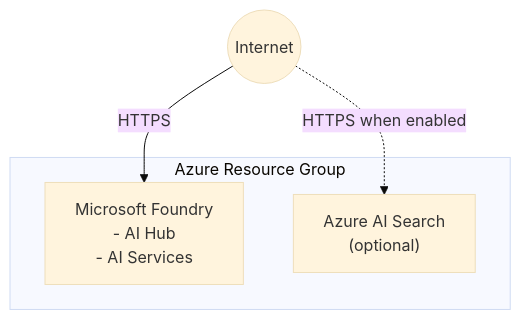
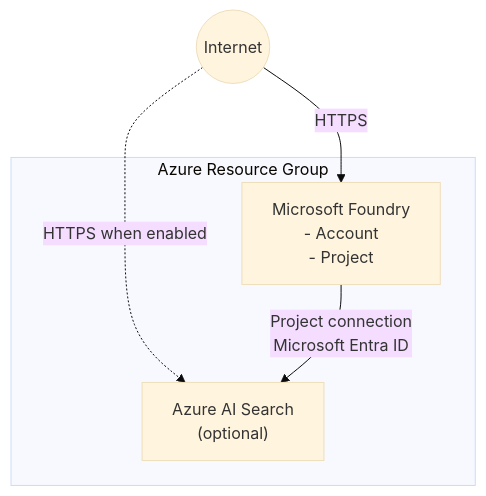
One commit to ks6088ts/template-terraform changed the diagram in infra/scenarios/azure_microsoft_foundry/README.md. Above: the diagram before and after it, drawn with Mermaid (base theme). The commit also changed other lines of this file and 6 other files, not shown here.

Commit message:
feat: add Azure AI Search connection and role assignments for Microsoft Foundry project

````diff
--- a/infra/scenarios/azure_microsoft_foundry/README.md
+++ b/infra/scenarios/azure_microsoft_foundry/README.md
@@ -13,12 +13,13 @@
 ```mermaid
 flowchart TB
     Internet((Internet))
 
     subgraph Azure["Azure Resource Group"]
-        MF["Microsoft Foundry<br/>- AI Hub<br/>- AI Services"]
+        MF["Microsoft Foundry<br/>- Account<br/>- Project"]
         Search["Azure AI Search<br/>(optional)"]
     end
 
     Internet -->|HTTPS| MF
     Internet -.->|HTTPS when enabled| Search
+    MF -->|Project connection<br/>Microsoft Entra ID| Search
 ```
````
